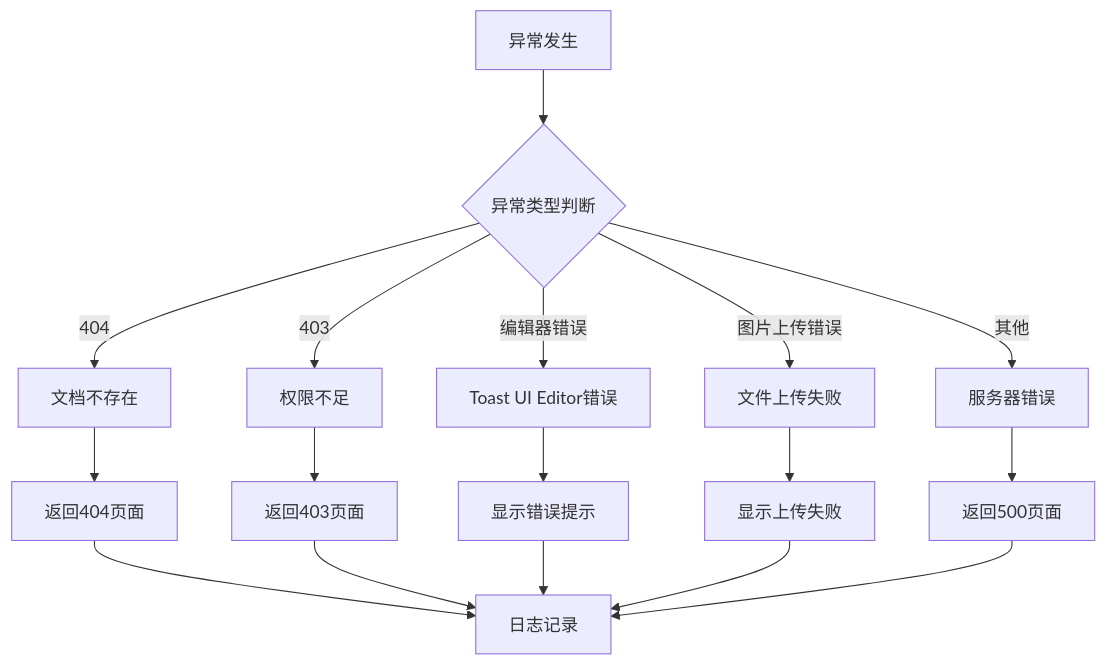
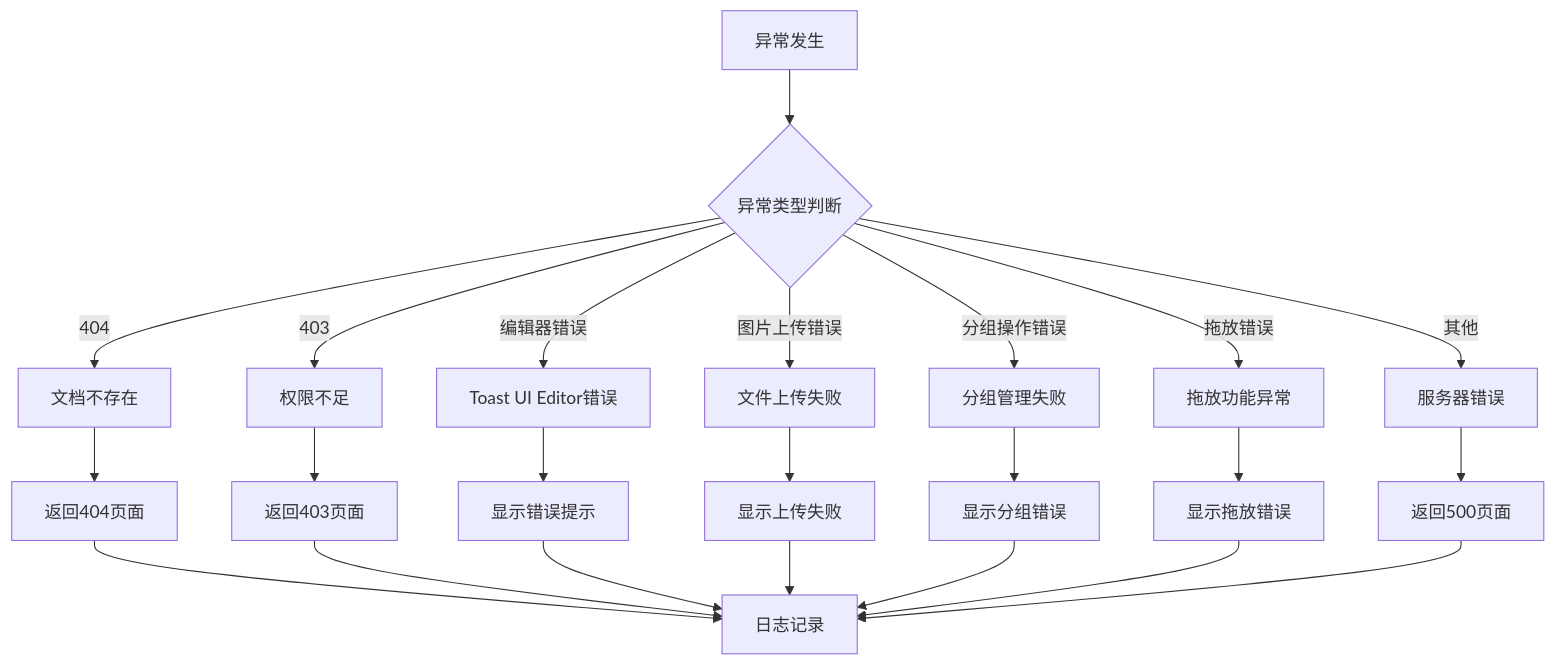
Diagram 18 of 18 in .qoder/repowiki/zh/content/架构设计/蓝图系统设计/文档蓝图 (Document Blueprint).md (beyondalbert/my_wiki), drawn with Mermaid before and after one commit. The commit also changed other lines of this file and 5 other files, not shown here.

````diff
--- a/.qoder/repowiki/zh/content/架构设计/蓝图系统设计/文档蓝图 (Document Blueprint).md
+++ b/.qoder/repowiki/zh/content/架构设计/蓝图系统设计/文档蓝图 (Document Blueprint).md
@@ -773,19 +907,25 @@
 ```mermaid
 flowchart TD
 A[异常发生] --> B{异常类型判断}
 B --> |404| C[文档不存在]
 B --> |403| D[权限不足]
 B --> |编辑器错误| E[Toast UI Editor错误]
 B --> |图片上传错误| F[文件上传失败]
-B --> |其他| G[服务器错误]
-C --> H[返回404页面]
-D --> I[返回403页面]
-E --> J[显示错误提示]
-F --> K[显示上传失败]
-G --> L[返回500页面]
-H --> M[日志记录]
-I --> M
-J --> M
-K --> M
-L --> M
+B --> |分组操作错误| G[分组管理失败]
+B --> |拖放错误| H[拖放功能异常]
+B --> |其他| I[服务器错误]
+C --> J[返回404页面]
+D --> K[返回403页面]
+E --> L[显示错误提示]
+F --> M[显示上传失败]
+G --> N[显示分组错误]
+H --> O[显示拖放错误]
+I --> P[返回500页面]
+J --> Q[日志记录]
+K --> Q
+L --> Q
+M --> Q
+N --> Q
+O --> Q
+P --> Q
 ```
````
